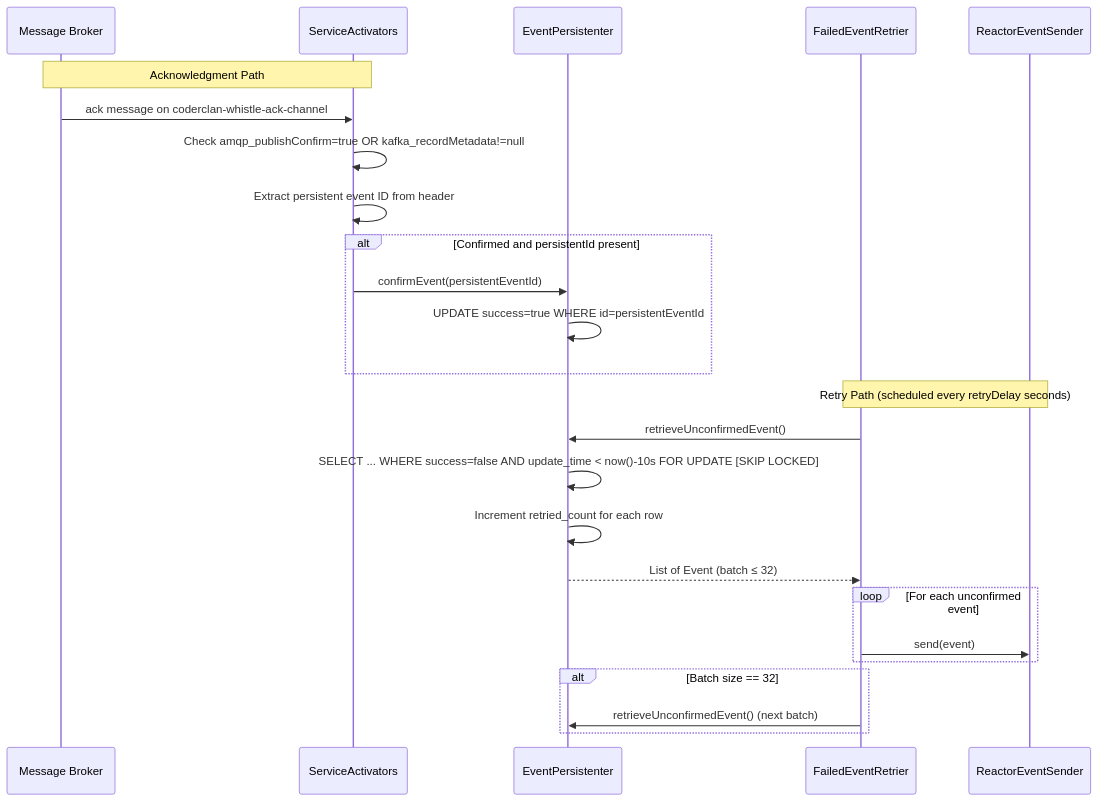
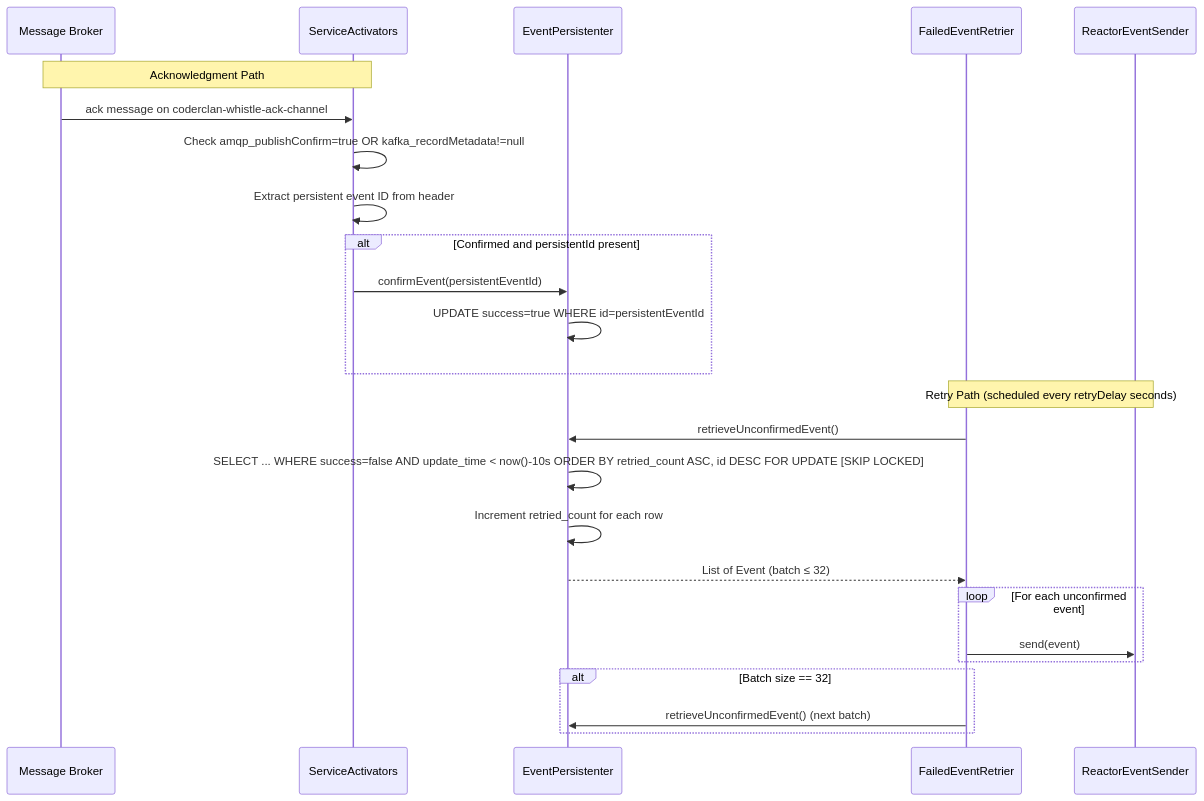
One commit to coder-clan/whistle-parent changed the fourth of 4 diagrams in .kiro/specs/whistle-event-system/design.md. Above: the diagram before and after it, drawn with Mermaid. The commit also changed other lines of this file and 1 other file, not shown here.

````diff
--- a/.kiro/specs/whistle-event-system/design.md
+++ b/.kiro/specs/whistle-event-system/design.md
@@ -175,29 +314,29 @@
 ```mermaid
 sequenceDiagram
     participant Broker as Message Broker
     participant SA as ServiceActivators
     participant EP as EventPersistenter
     participant FER as FailedEventRetrier
     participant RS as ReactorEventSender
 
     Note over Broker,SA: Acknowledgment Path
     Broker->>SA: ack message on coderclan-whistle-ack-channel
     SA->>SA: Check amqp_publishConfirm=true OR kafka_recordMetadata!=null
     SA->>SA: Extract persistent event ID from header
     alt Confirmed and persistentId present
         SA->>EP: confirmEvent(persistentEventId)
         EP->>EP: UPDATE success=true WHERE id=persistentEventId
     end
 
     Note over FER,RS: Retry Path (scheduled every retryDelay seconds)
     FER->>EP: retrieveUnconfirmedEvent()
-    EP->>EP: SELECT ... WHERE success=false AND update_time < now()-10s FOR UPDATE [SKIP LOCKED]
+    EP->>EP: SELECT ... WHERE success=false AND update_time < now()-10s ORDER BY retried_count ASC, id DESC FOR UPDATE [SKIP LOCKED]
     EP->>EP: Increment retried_count for each row
     EP-->>FER: List of Event (batch ≤ 32)
     loop For each unconfirmed event
         FER->>RS: send(event)
     end
     alt Batch size == 32
         FER->>EP: retrieveUnconfirmedEvent() (next batch)
     end
 ```
````
